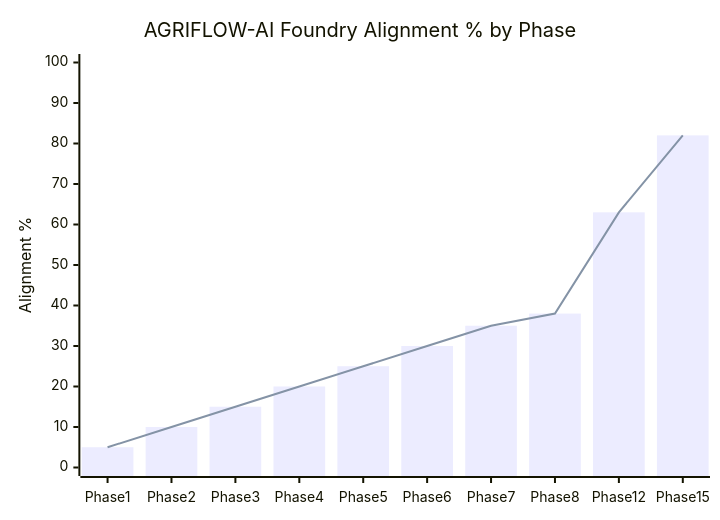
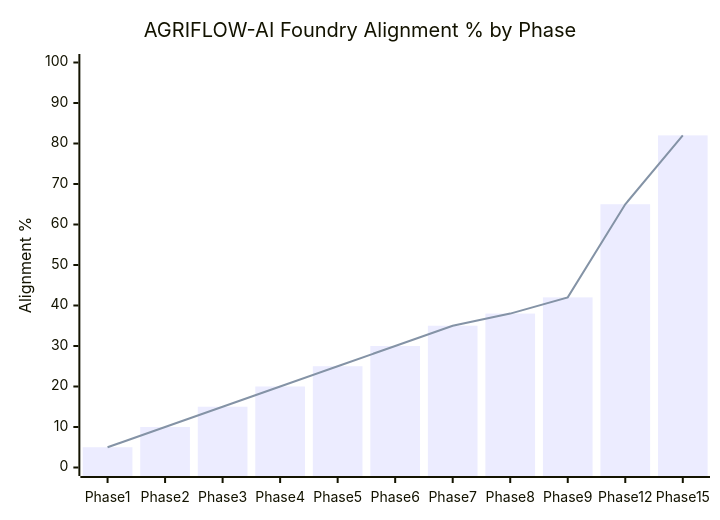
Before and after one commit to santoshnarayanan/AGRIFLOW-AI: the fifth of 5 diagrams in docs/AGRIFLOW_PALANTIR_ALIGNMENT.md, drawn with Mermaid. The commit also changed other lines of this file, not shown here.

Commit message:
phase 9 :  docs: updated plantir flow document

````diff
--- a/docs/AGRIFLOW_PALANTIR_ALIGNMENT.md
+++ b/docs/AGRIFLOW_PALANTIR_ALIGNMENT.md
@@ -931,8 +1023,8 @@
 ```mermaid
 xychart-beta
     title "AGRIFLOW-AI Foundry Alignment % by Phase"
-    x-axis [Phase1, Phase2, Phase3, Phase4, Phase5, Phase6, Phase7, Phase8, Phase12, Phase15]
+    x-axis [Phase1, Phase2, Phase3, Phase4, Phase5, Phase6, Phase7, Phase8, Phase9, Phase12, Phase15]
     y-axis "Alignment %" 0 --> 100
-    bar  [5, 10, 15, 20, 25, 30, 35, 38, 63, 82]
-    line [5, 10, 15, 20, 25, 30, 35, 38, 63, 82]
+    bar  [5, 10, 15, 20, 25, 30, 35, 38, 42, 65, 82]
+    line [5, 10, 15, 20, 25, 30, 35, 38, 42, 65, 82]
 ```
````
